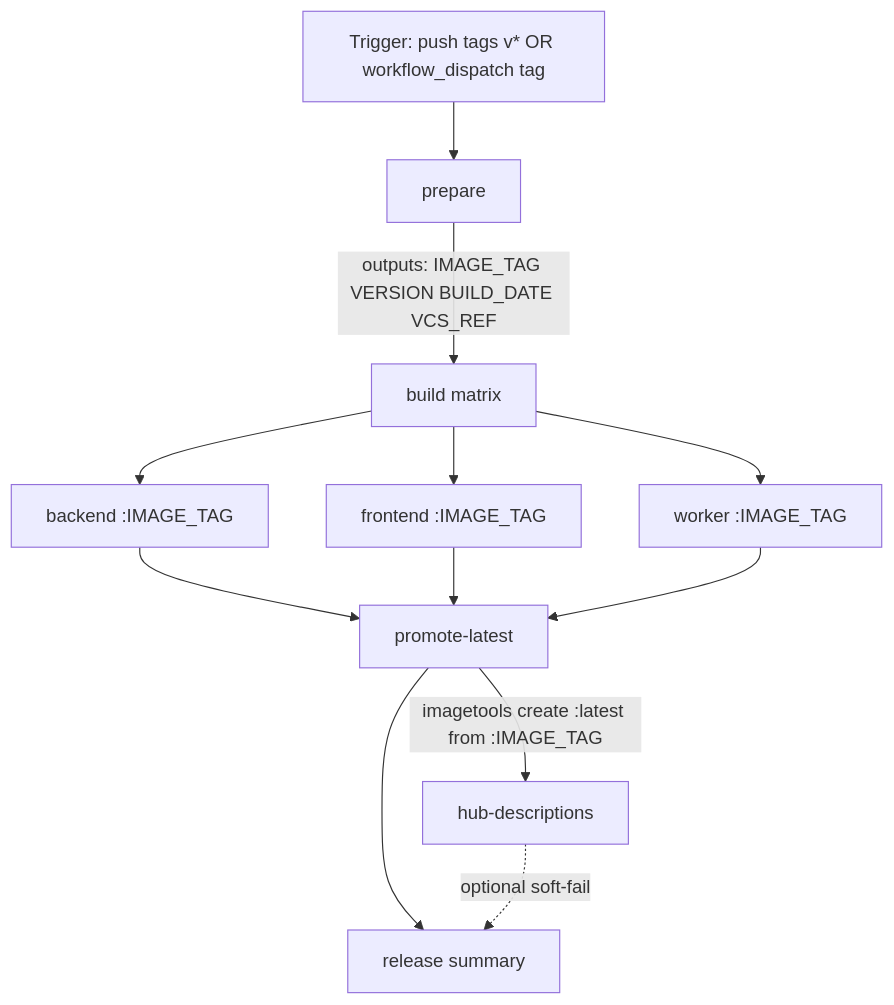
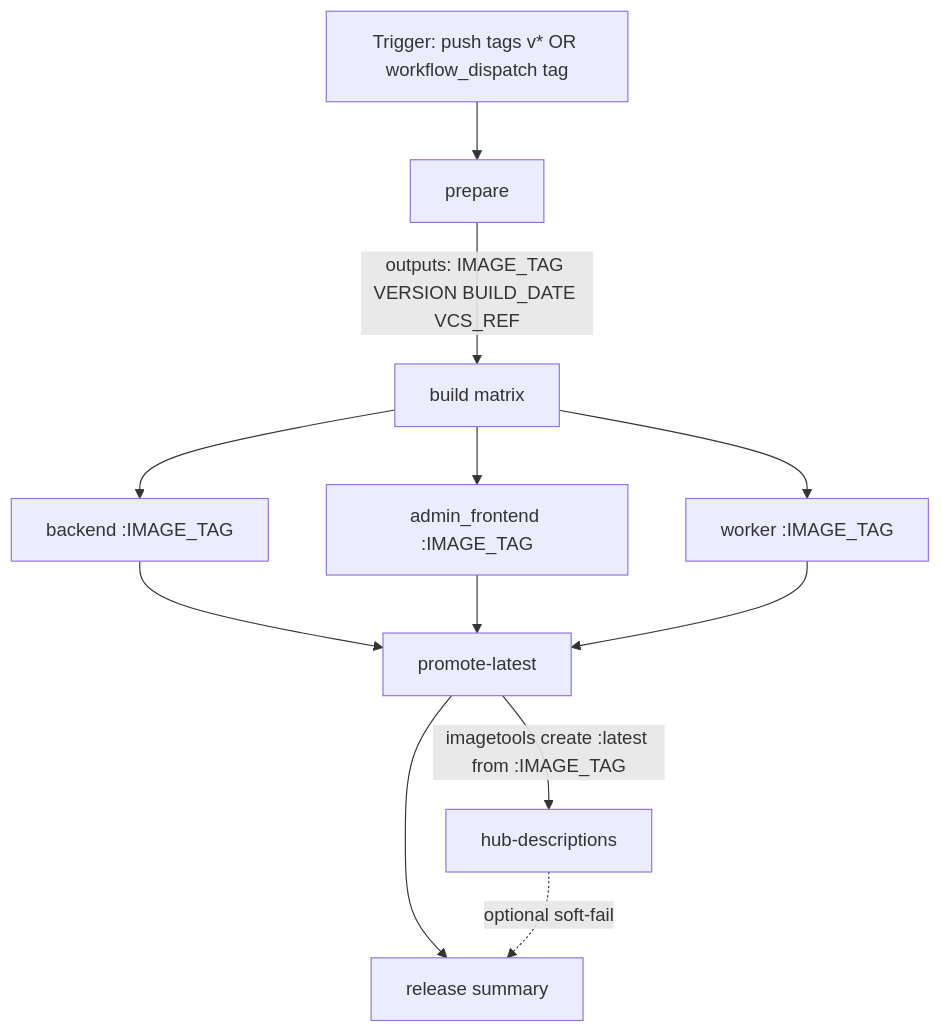
Before and after one commit to YuryyBright/P.R.I.S.M.Av0.0.1: the diagram in docs/research/docker-publish-job-split.md, drawn with Mermaid. The commit also changed other lines of this file and 107 other files, not shown here.

First line of the commit message:
refactor: rename frontend to admin_frontend across scripts and documentation

````diff
--- a/docs/research/docker-publish-job-split.md
+++ b/docs/research/docker-publish-job-split.md
@@ -33,14 +33,14 @@
 ```mermaid
 flowchart TD
   T[Trigger: push tags v* OR workflow_dispatch tag] --> P[prepare]
   P -->|outputs: IMAGE_TAG VERSION BUILD_DATE VCS_REF| B[build matrix]
   B --> B1[backend :IMAGE_TAG]
-  B --> B2[frontend :IMAGE_TAG]
+  B --> B2[admin_frontend :IMAGE_TAG]
   B --> B3[worker :IMAGE_TAG]
   B1 --> PL[promote-latest]
   B2 --> PL
   B3 --> PL
   PL -->|imagetools create :latest from :IMAGE_TAG| H[hub-descriptions]
   PL --> S[release summary]
   H -.->|optional soft-fail| S
 ```
````
